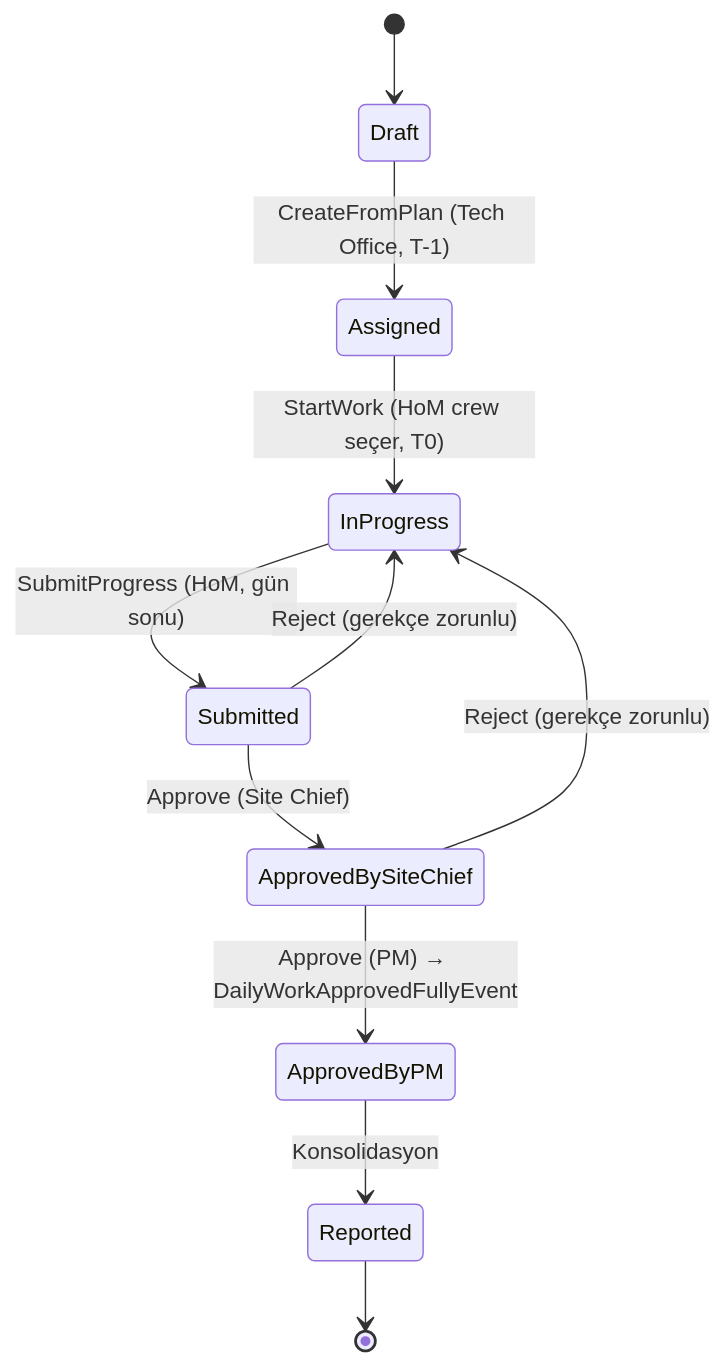
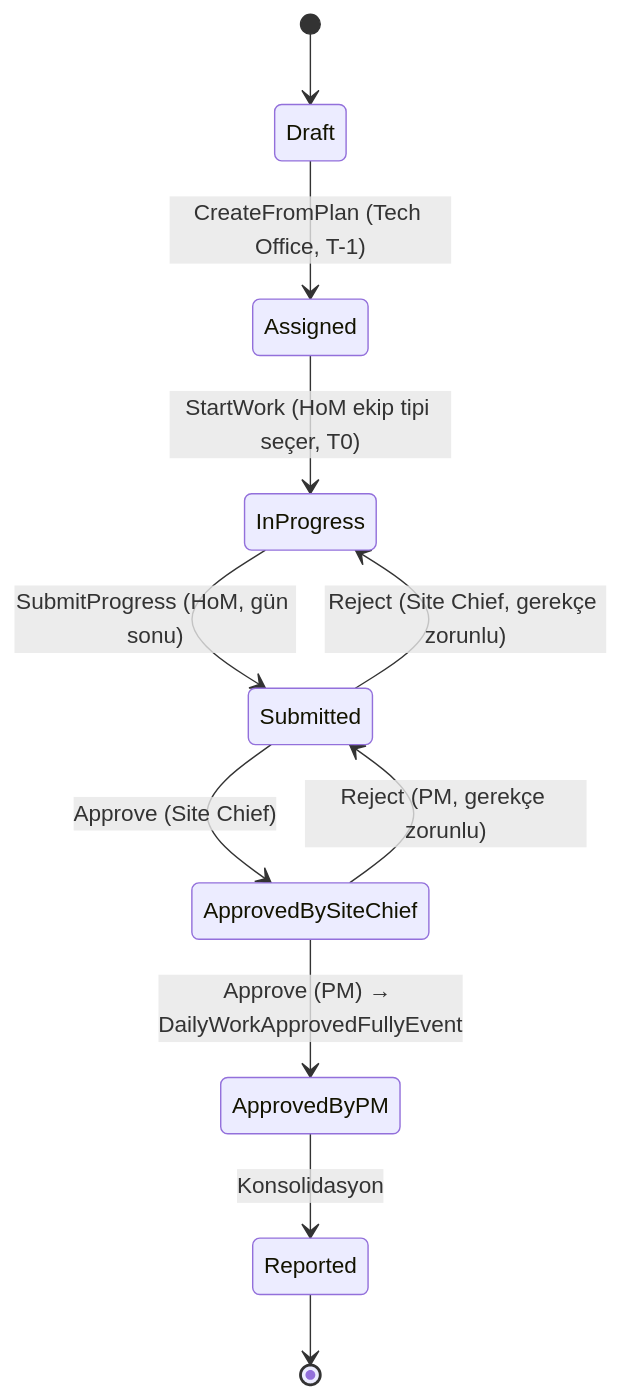
One commit to ekmekcicaner/Workplan changed the first of 2 diagrams in README.md. Above: the diagram before and after it, drawn with Mermaid. The commit also changed other lines of this file and 202 other files, not shown here.

````diff
--- a/README.md
+++ b/README.md
@@ -71,13 +71,13 @@
 ```mermaid
 stateDiagram-v2
     [*] --> Draft
     Draft --> Assigned: CreateFromPlan (Tech Office, T-1)
-    Assigned --> InProgress: StartWork (HoM crew seçer, T0)
+    Assigned --> InProgress: StartWork (HoM ekip tipi seçer, T0)
     InProgress --> Submitted: SubmitProgress (HoM, gün sonu)
     Submitted --> ApprovedBySiteChief: Approve (Site Chief)
     ApprovedBySiteChief --> ApprovedByPM: Approve (PM) → DailyWorkApprovedFullyEvent
-    Submitted --> InProgress: Reject (gerekçe zorunlu)
-    ApprovedBySiteChief --> InProgress: Reject (gerekçe zorunlu)
+    Submitted --> InProgress: Reject (Site Chief, gerekçe zorunlu)
+    ApprovedBySiteChief --> Submitted: Reject (PM, gerekçe zorunlu)
     ApprovedByPM --> Reported: Konsolidasyon
     Reported --> [*]
 ```
````
